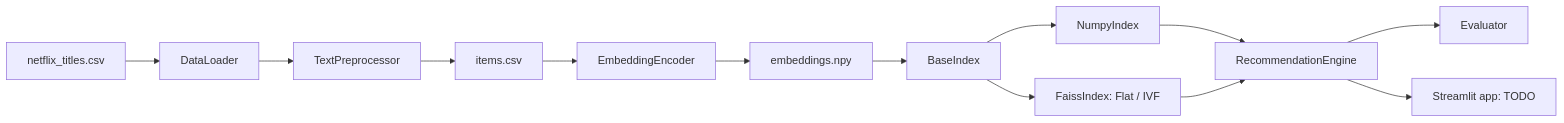
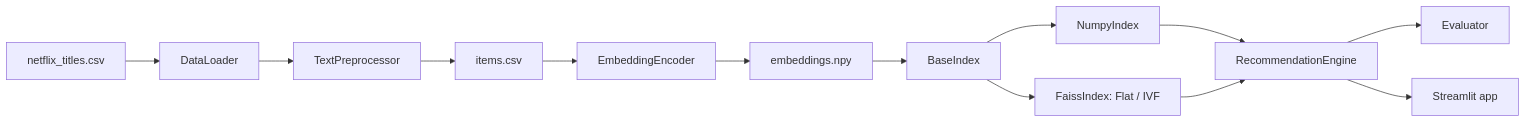
The diagram in README.md (islamnurahanov562-star/semantic-recsys), drawn with Mermaid before and after one commit. The commit also changed other lines of this file and 28 other files, not shown here.

````diff
--- a/README.md
+++ b/README.md
@@ -26,15 +26,15 @@
 ```mermaid
 flowchart LR
 	CSV["netflix_titles.csv"] --> DL["DataLoader"]
 	DL --> TP["TextPreprocessor"]
 	TP --> ITEMS["items.csv"]
 	ITEMS --> ENC["EmbeddingEncoder"]
 	ENC --> EMB["embeddings.npy"]
 	EMB --> BASE["BaseIndex"]
 	BASE --> NUMPY["NumpyIndex"]
 	BASE --> FAISS["FaissIndex: Flat / IVF"]
 	NUMPY --> ENGINE["RecommendationEngine"]
 	FAISS --> ENGINE
 	ENGINE --> EVAL["Evaluator"]
-	ENGINE --> APP["Streamlit app: TODO"]
+	ENGINE --> APP["Streamlit app"]
 ```
````
